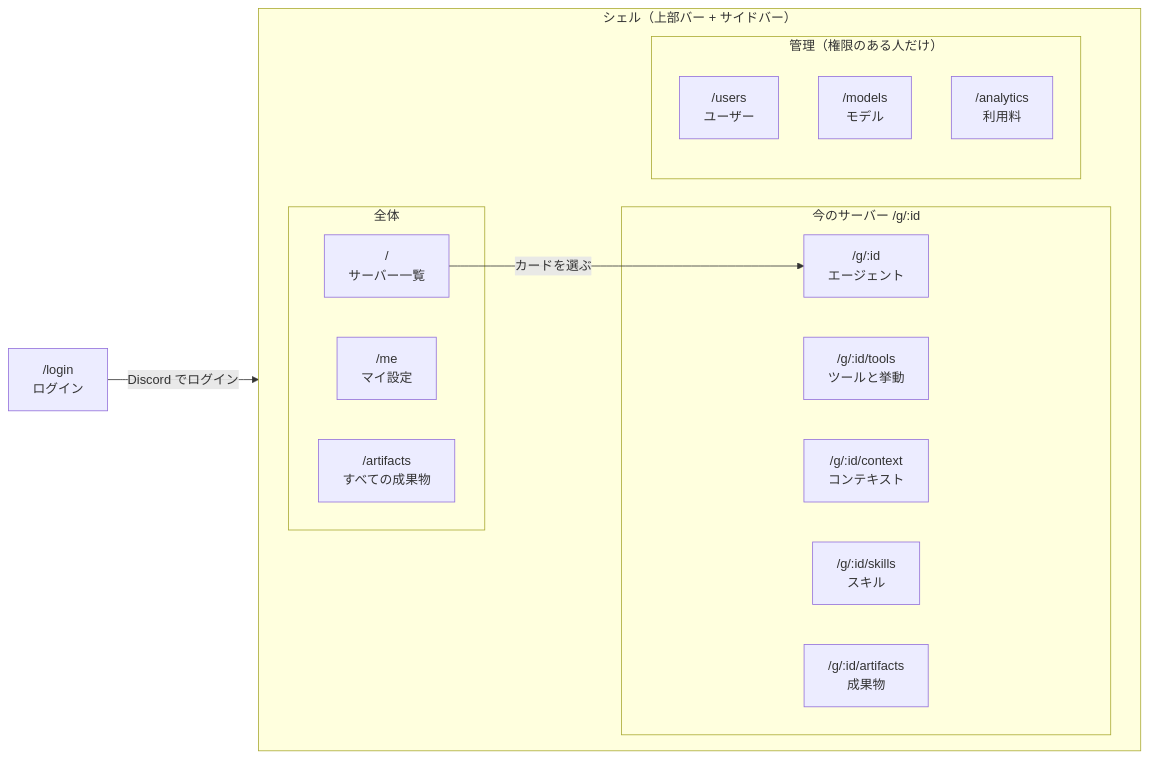
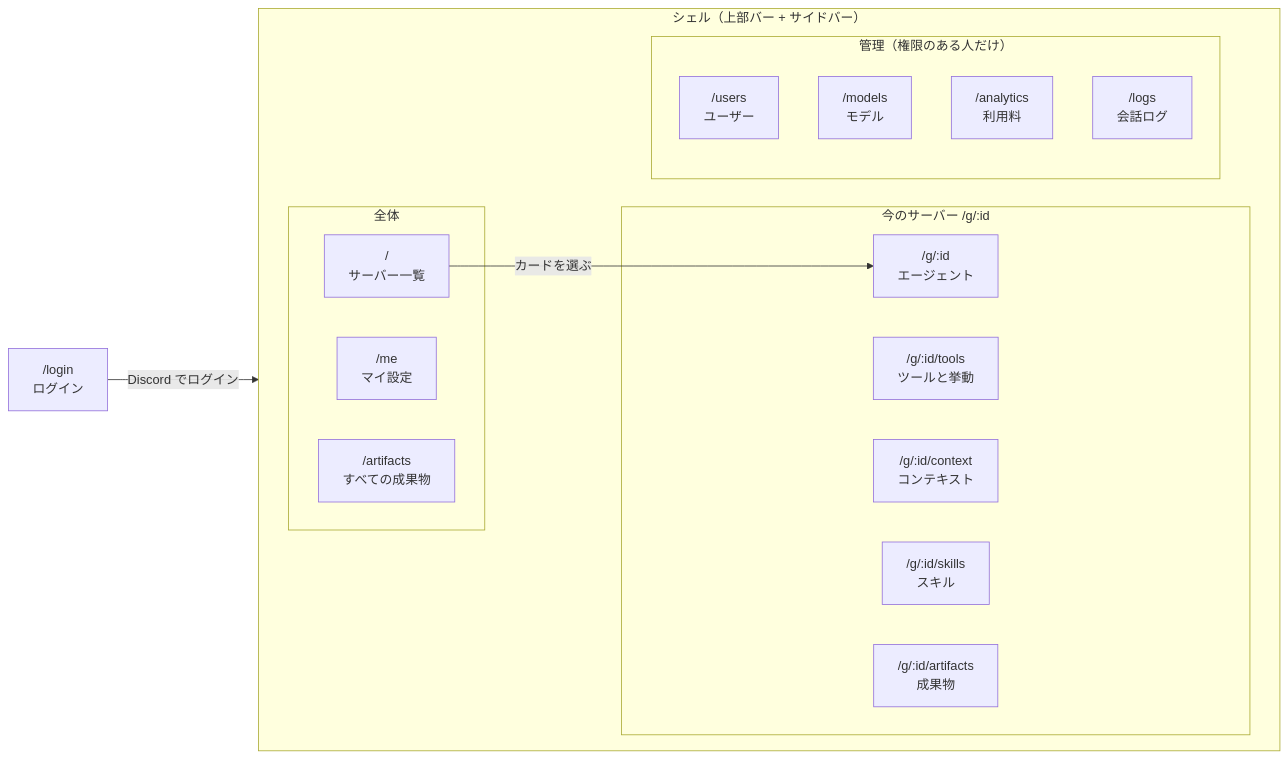
Before and after one commit to hsincode/hibana: the first of 2 diagrams in docs/web-dashboard.md, drawn with Mermaid. The commit also changed other lines of this file and 2 other files, not shown here.

````diff
--- a/docs/web-dashboard.md
+++ b/docs/web-dashboard.md
@@ -9,26 +9,27 @@
 ```mermaid
 flowchart LR
   login["/login<br>ログイン"]
   subgraph shell["シェル（上部バー + サイドバー）"]
     direction LR
     subgraph guild["今のサーバー /g/:id"]
       agent["/g/:id<br>エージェント"]
       tools["/g/:id/tools<br>ツールと挙動"]
       context["/g/:id/context<br>コンテキスト"]
       skills["/g/:id/skills<br>スキル"]
       gart["/g/:id/artifacts<br>成果物"]
     end
     subgraph all["全体"]
       servers["/<br>サーバー一覧"]
       me["/me<br>マイ設定"]
       artifacts["/artifacts<br>すべての成果物"]
     end
     subgraph admin["管理（権限のある人だけ）"]
       users["/users<br>ユーザー"]
       models["/models<br>モデル"]
       analytics["/analytics<br>利用料"]
+      logs["/logs<br>会話ログ"]
     end
   end
   login -- "Discord でログイン" --> servers
   servers -- "カードを選ぶ" --> agent
 ```
````
